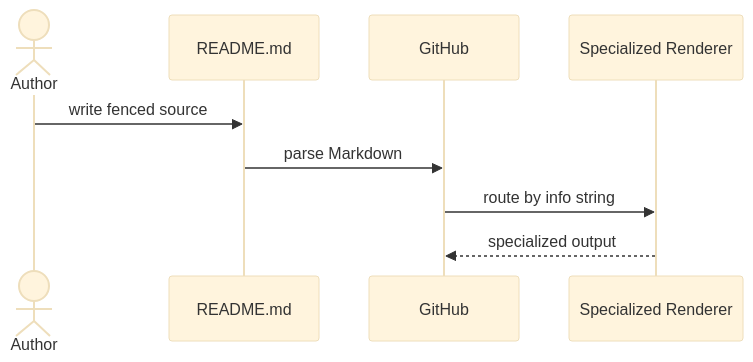
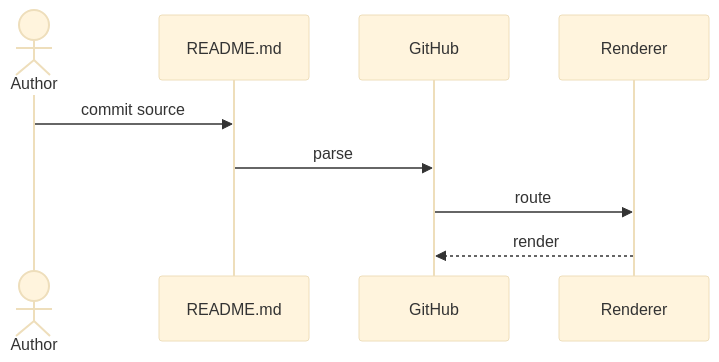
One commit to thiepn/markdown changed the third of 5 diagrams in README.md. Above: the diagram before and after it, drawn with Mermaid (base theme). The commit also changed other lines of this file, not shown here.

````diff
--- a/README.md
+++ b/README.md
@@ -559,11 +602,11 @@
 ```mermaid
 sequenceDiagram
     actor Author
     participant MD as README.md
     participant GH as GitHub
-    participant R as Specialized Renderer
-    Author->>MD: write fenced source
-    MD->>GH: parse Markdown
-    GH->>R: route by info string
-    R-->>GH: specialized output
+    participant R as Renderer
+    Author->>MD: commit source
+    MD->>GH: parse
+    GH->>R: route
+    R-->>GH: render
 ```
````
